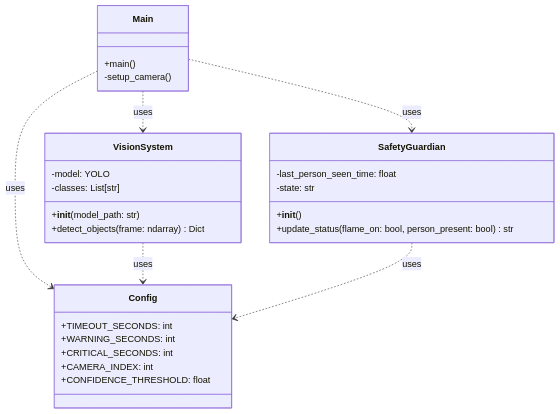
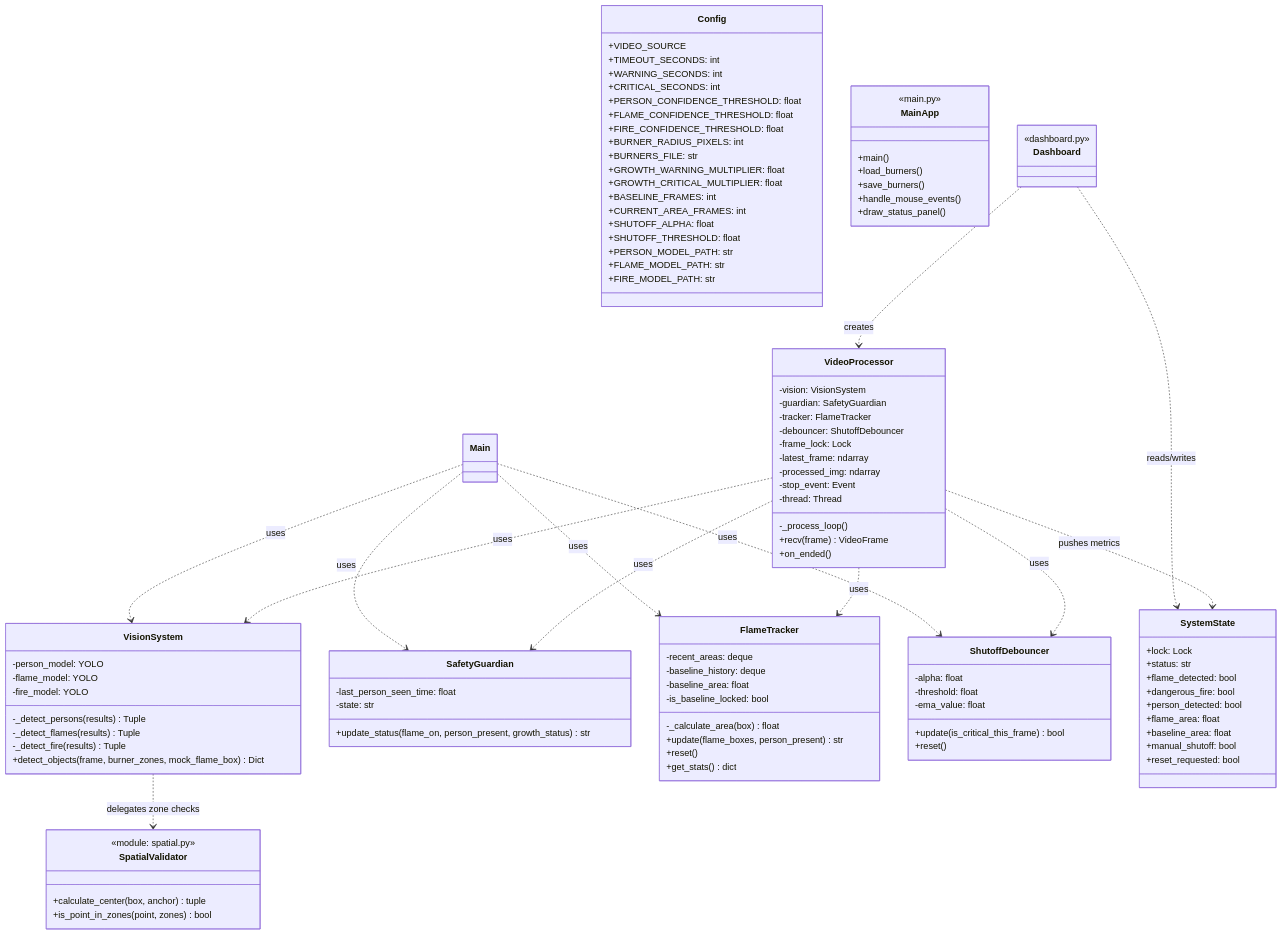
One commit to mNik033/kitchen-guardian-cv changed the second of 4 diagrams in docs/architecture.md. Above: the diagram before and after it, drawn with Mermaid. The commit also changed other lines of this file, not shown here.

First line of the commit message:
docs: update system architecture

````diff
--- a/docs/architecture.md
+++ b/docs/architecture.md
@@ -55,35 +84,117 @@
 ```mermaid
 classDiagram
-    class Main {
-        +main()
-        -setup_camera()
-    }
-    
     class Config {
+        +VIDEO_SOURCE
         +TIMEOUT_SECONDS: int
         +WARNING_SECONDS: int
         +CRITICAL_SECONDS: int
-        +CAMERA_INDEX: int
-        +CONFIDENCE_THRESHOLD: float
+        +PERSON_CONFIDENCE_THRESHOLD: float
+        +FLAME_CONFIDENCE_THRESHOLD: float
+        +FIRE_CONFIDENCE_THRESHOLD: float
+        +BURNER_RADIUS_PIXELS: int
+        +BURNERS_FILE: str
+        +GROWTH_WARNING_MULTIPLIER: float
+        +GROWTH_CRITICAL_MULTIPLIER: float
+        +BASELINE_FRAMES: int
+        +CURRENT_AREA_FRAMES: int
+        +SHUTOFF_ALPHA: float
+        +SHUTOFF_THRESHOLD: float
+        +PERSON_MODEL_PATH: str
+        +FLAME_MODEL_PATH: str
+        +FIRE_MODEL_PATH: str
     }
 
     class VisionSystem {
-        -model: YOLO
-        -classes: List[str]
-        +__init__(model_path: str)
-        +detect_objects(frame: ndarray) Dict
+        -person_model: YOLO
+        -flame_model: YOLO
+        -fire_model: YOLO
+        -_detect_persons(results) Tuple
+        -_detect_flames(results) Tuple
+        -_detect_fire(results) Tuple
+        +detect_objects(frame, burner_zones, mock_flame_box) Dict
+    }
+
+    class SpatialValidator {
+        <<module: spatial.py>>
+        +calculate_center(box, anchor) tuple
+        +is_point_in_zones(point, zones) bool
     }
 
     class SafetyGuardian {
         -last_person_seen_time: float
         -state: str
-        +__init__()
-        +update_status(flame_on: bool, person_present: bool) str
+        +update_status(flame_on, person_present, growth_status) str
+    }
+
+    class FlameTracker {
+        -recent_areas: deque
+        -baseline_history: deque
+        -baseline_area: float
+        -is_baseline_locked: bool
+        -_calculate_area(box) float
+        +update(flame_boxes, person_present) str
+        +reset()
+        +get_stats() dict
+    }
+
+    class ShutoffDebouncer {
+        -alpha: float
+        -threshold: float
+        -ema_value: float
+        +update(is_critical_this_frame) bool
+        +reset()
+    }
+
+    class MainApp {
+        <<main.py>>
+        +main()
+        +load_burners()
+        +save_burners()
+        +handle_mouse_events()
+        +draw_status_panel()
+    }
+
+    class Dashboard {
+        <<dashboard.py>>
+    }
+
+    class SystemState {
+        +lock: Lock
+        +status: str
+        +flame_detected: bool
+        +dangerous_fire: bool
+        +person_detected: bool
+        +flame_area: float
+        +baseline_area: float
+        +manual_shutoff: bool
+        +reset_requested: bool
+    }
+
+    class VideoProcessor {
+        -vision: VisionSystem
+        -guardian: SafetyGuardian
+        -tracker: FlameTracker
+        -debouncer: ShutoffDebouncer
+        -frame_lock: Lock
+        -latest_frame: ndarray
+        -processed_img: ndarray
+        -stop_event: Event
+        -thread: Thread
+        -_process_loop()
+        +recv(frame) VideoFrame
+        +on_ended()
     }
 
     Main ..> VisionSystem : uses
     Main ..> SafetyGuardian : uses
-    Main ..> Config : uses
-    VisionSystem ..> Config : uses
-    SafetyGuardian ..> Config : uses
+    Main ..> FlameTracker : uses
+    Main ..> ShutoffDebouncer : uses
+    VisionSystem ..> SpatialValidator : delegates zone checks
+    Dashboard ..> VideoProcessor : creates
+    Dashboard ..> SystemState : reads/writes
+    VideoProcessor ..> VisionSystem : uses
+    VideoProcessor ..> SafetyGuardian : uses
+    VideoProcessor ..> FlameTracker : uses
+    VideoProcessor ..> ShutoffDebouncer : uses
+    VideoProcessor ..> SystemState : pushes metrics
 ```
````
